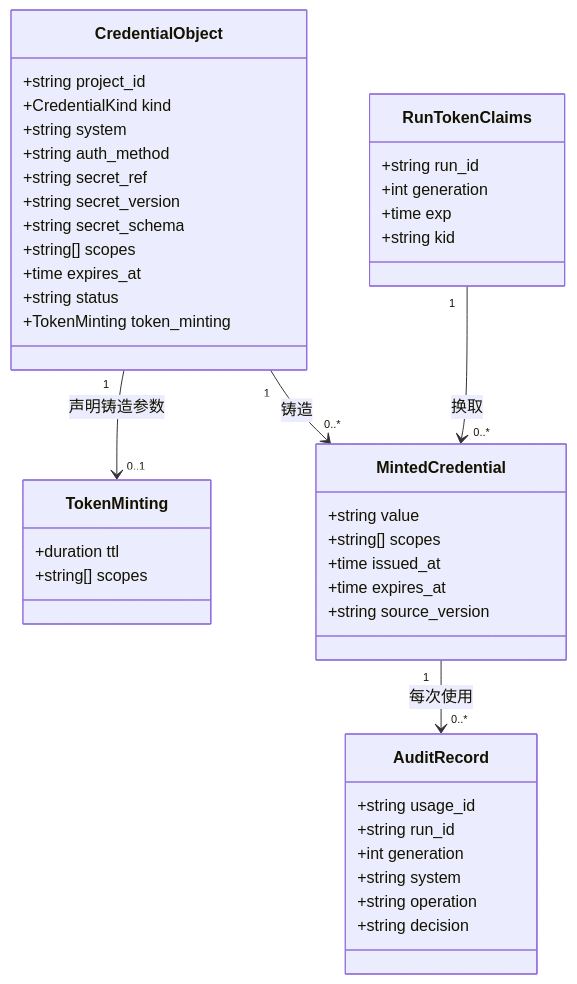
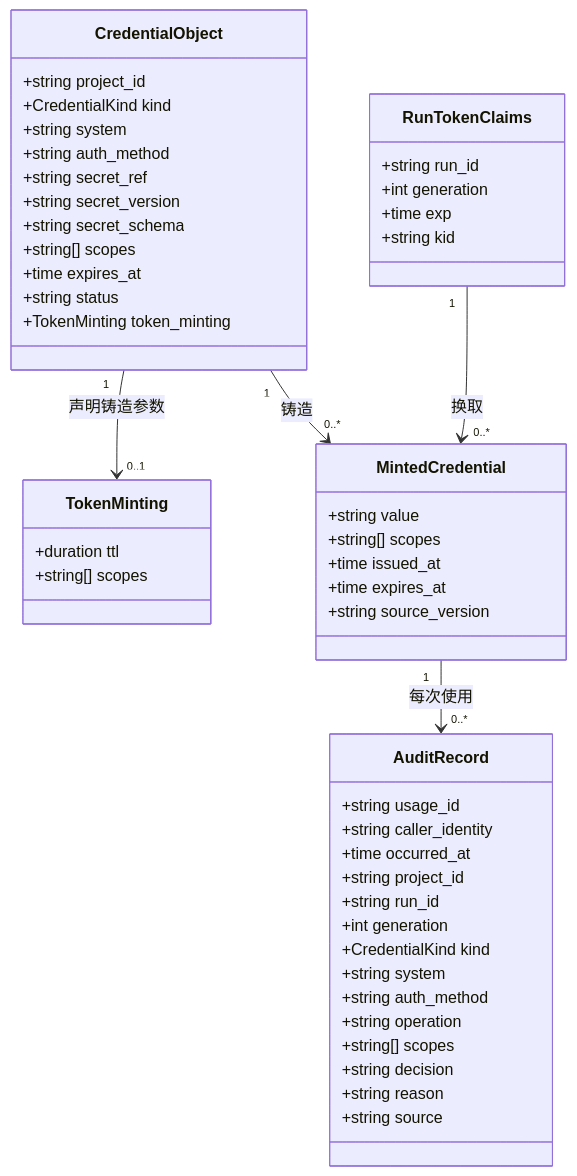
One commit to wangzw/castworks changed the first of 4 diagrams in docs/design/modules/design-secrets.md. Above: the diagram before and after it, drawn with Mermaid. The commit also changed other lines of this file and 5 other files, not shown here.

````diff
--- a/docs/design/modules/design-secrets.md
+++ b/docs/design/modules/design-secrets.md
@@ -219,45 +239,53 @@
 ```mermaid
 classDiagram
     class CredentialObject {
         +string project_id
         +CredentialKind kind
         +string system
         +string auth_method
         +string secret_ref
         +string secret_version
         +string secret_schema
         +string[] scopes
         +time expires_at
         +string status
         +TokenMinting token_minting
     }
     class TokenMinting {
         +duration ttl
         +string[] scopes
     }
     class RunTokenClaims {
         +string run_id
         +int generation
         +time exp
         +string kid
     }
     class MintedCredential {
         +string value
         +string[] scopes
         +time issued_at
         +time expires_at
         +string source_version
     }
     class AuditRecord {
         +string usage_id
+        +string caller_identity
+        +time occurred_at
+        +string project_id
         +string run_id
         +int generation
+        +CredentialKind kind
         +string system
+        +string auth_method
         +string operation
+        +string[] scopes
         +string decision
+        +string reason
+        +string source
     }
     CredentialObject "1" --> "0..1" TokenMinting : 声明铸造参数
     CredentialObject "1" --> "0..*" MintedCredential : 铸造
     RunTokenClaims "1" --> "0..*" MintedCredential : 换取
     MintedCredential "1" --> "0..*" AuditRecord : 每次使用
 ```
````
